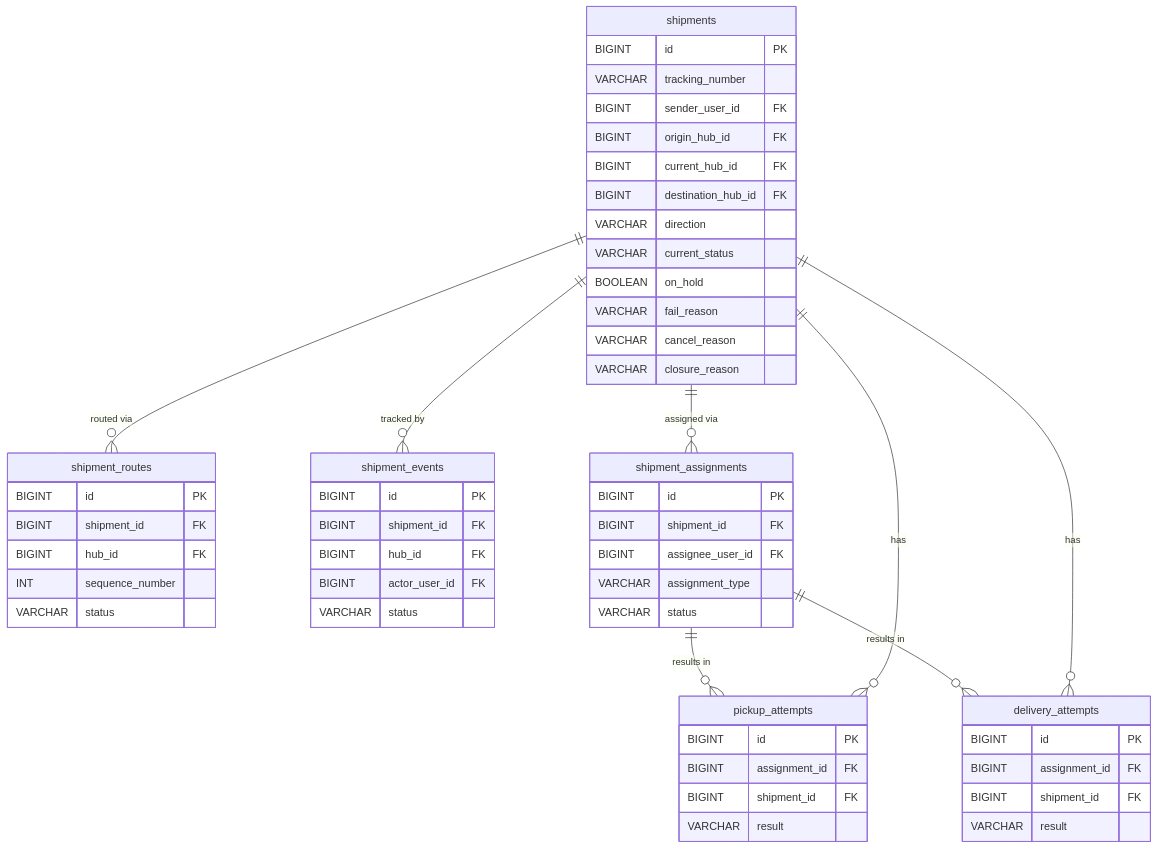
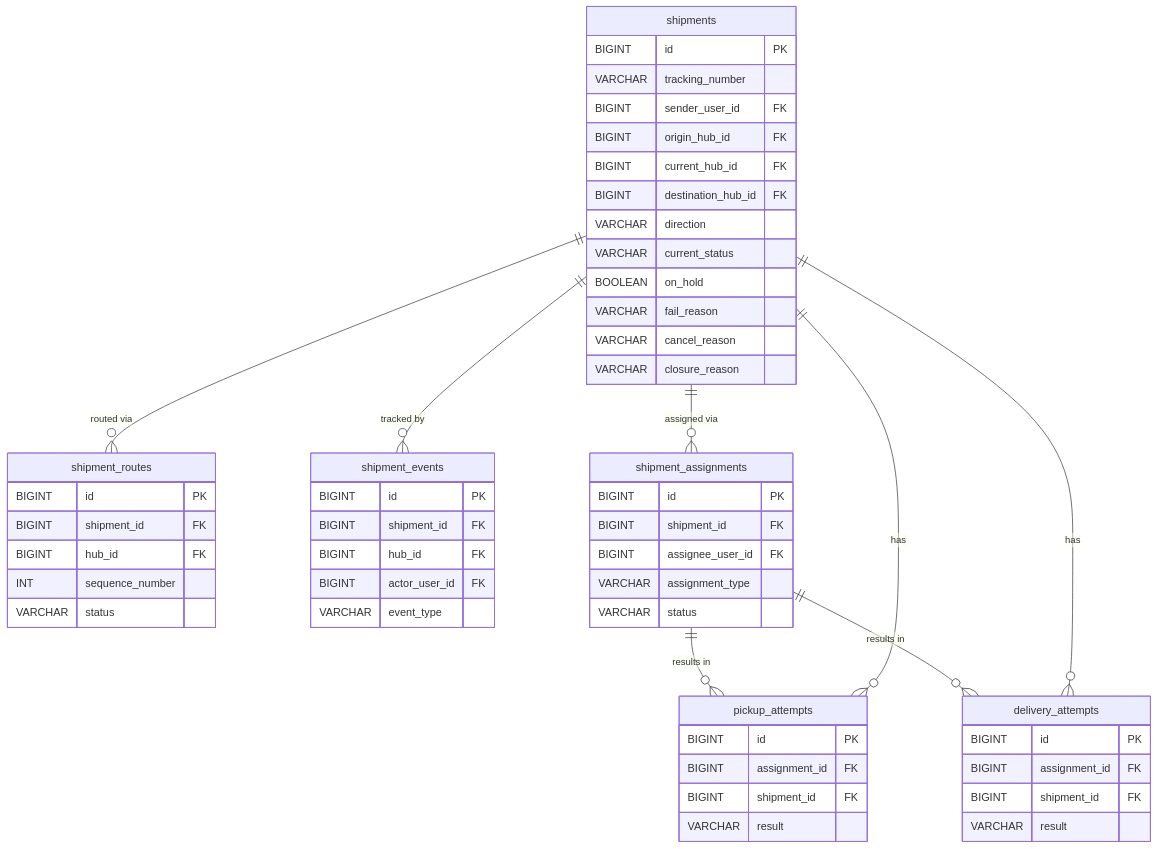
The second of 4 diagrams in docs/ERD.md (ProjectWEB-Team/Project_WEB), drawn with Mermaid before and after one commit. The commit also changed other lines of this file and 5 other files, not shown here.

Commit message:
docs: establish UTEExpress architecture baseline

````diff
--- a/docs/ERD.md
+++ b/docs/ERD.md
@@ -70,63 +83,63 @@
 ```mermaid
 erDiagram
     shipments {
         BIGINT id PK
         VARCHAR tracking_number
         BIGINT sender_user_id FK
         BIGINT origin_hub_id FK
         BIGINT current_hub_id FK
         BIGINT destination_hub_id FK
         VARCHAR direction
         VARCHAR current_status
         BOOLEAN on_hold
         VARCHAR fail_reason
         VARCHAR cancel_reason
         VARCHAR closure_reason
     }
 
     shipment_routes {
         BIGINT id PK
         BIGINT shipment_id FK
         BIGINT hub_id FK
         INT sequence_number
         VARCHAR status
     }
 
     shipment_events {
         BIGINT id PK
         BIGINT shipment_id FK
         BIGINT hub_id FK
         BIGINT actor_user_id FK
-        VARCHAR status
+        VARCHAR event_type
     }
 
     shipment_assignments {
         BIGINT id PK
         BIGINT shipment_id FK
         BIGINT assignee_user_id FK
         VARCHAR assignment_type
         VARCHAR status
     }
 
     pickup_attempts {
         BIGINT id PK
         BIGINT assignment_id FK
         BIGINT shipment_id FK
         VARCHAR result
     }
 
     delivery_attempts {
         BIGINT id PK
         BIGINT assignment_id FK
         BIGINT shipment_id FK
         VARCHAR result
     }
 
     shipments ||--o{ shipment_routes : "routed via"
     shipments ||--o{ shipment_events : "tracked by"
     shipments ||--o{ shipment_assignments : "assigned via"
     shipment_assignments ||--o{ pickup_attempts : "results in"
     shipment_assignments ||--o{ delivery_attempts : "results in"
     shipments ||--o{ pickup_attempts : "has"
     shipments ||--o{ delivery_attempts : "has"
 ```
````
